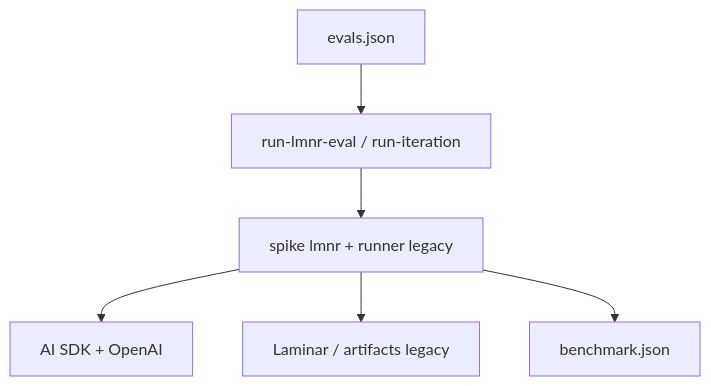
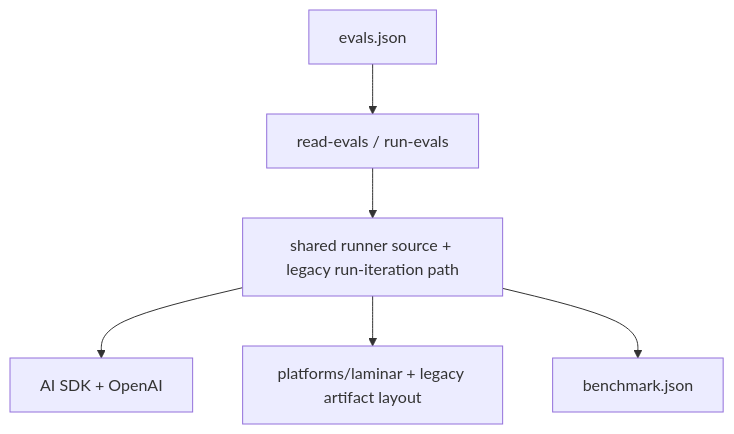
Before and after one commit to 1jnole/skills-catalog: the first of 5 diagrams in PLAN.md, drawn with Mermaid. The commit also changed other lines of this file and 23 other files, not shown here.

Commit message:
FEAT: establish baseline for Laminar migration with inventory and classification of current runner state

````diff
--- a/PLAN.md
+++ b/PLAN.md
@@ -46,8 +46,8 @@
 ```mermaid
 flowchart TD
-    A["evals.json"] --> B["run-lmnr-eval / run-iteration"]
-    B --> C["spike lmnr + runner legacy"]
+    A["evals.json"] --> B["read-evals / run-evals"]
+    B --> C["shared runner source + legacy run-iteration path"]
     C --> D["AI SDK + OpenAI"]
-    C --> E["Laminar / artifacts legacy"]
+    C --> E["platforms/laminar + legacy artifact layout"]
     C --> F["benchmark.json"]
 ```
````
